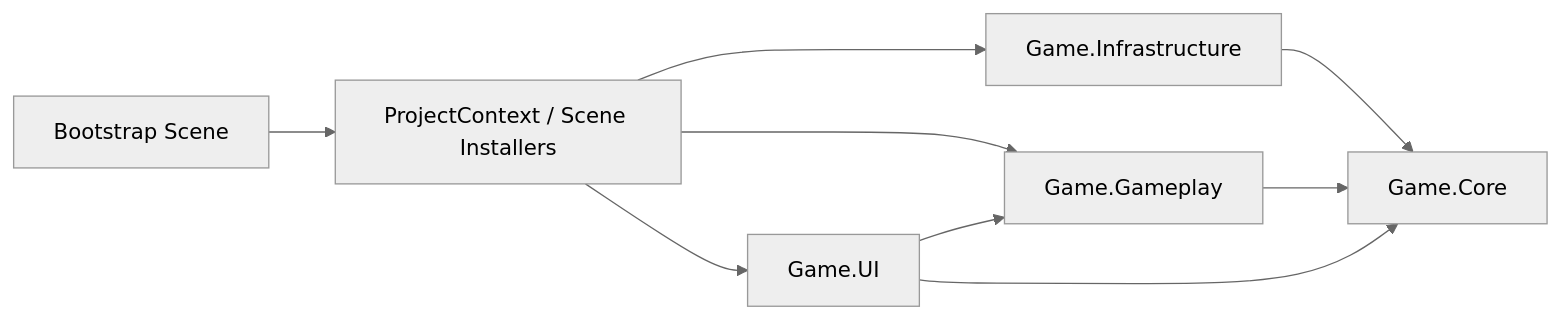
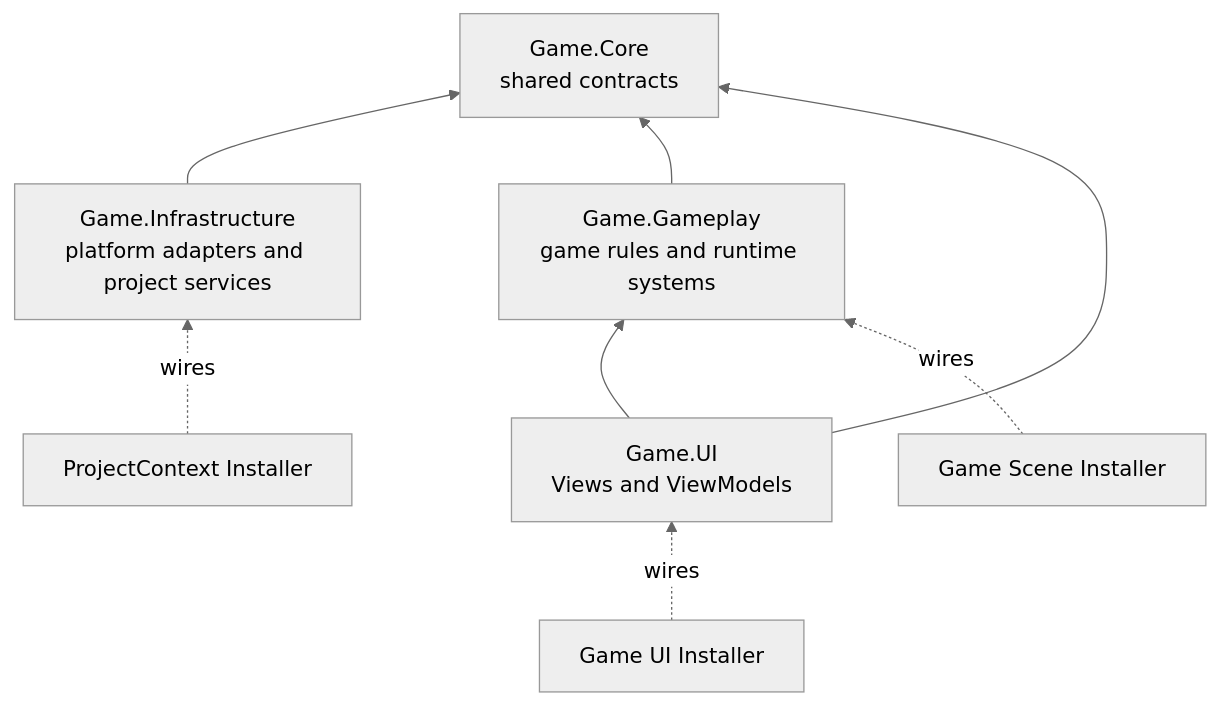
The first of 4 diagrams in README.md (TokarevDev/2D_Asteroids_Survival), drawn with Mermaid (neutral theme) before and after one commit. The commit also changed other lines of this file, not shown here.

Commit message:
docs: explain current project architecture

````diff
--- a/README.md
+++ b/README.md
@@ -33,11 +34,11 @@
 ```mermaid
-flowchart LR
-    Bootstrap["Bootstrap Scene"] --> CompositionRoot["ProjectContext / Scene Installers"]
-    CompositionRoot --> Infrastructure["Game.Infrastructure"]
-    CompositionRoot --> Gameplay["Game.Gameplay"]
-    CompositionRoot --> UI["Game.UI"]
-    Infrastructure --> Core["Game.Core"]
-    Gameplay --> Core
-    UI --> Core
+flowchart BT
+    Infrastructure["Game.Infrastructure<br/>platform adapters and project services"] --> Core["Game.Core<br/>shared contracts"]
+    Gameplay["Game.Gameplay<br/>game rules and runtime systems"] --> Core
+    UI["Game.UI<br/>Views and ViewModels"] --> Core
     UI --> Gameplay
+
+    ProjectInstaller["ProjectContext Installer"] -.wires.-> Infrastructure
+    GameInstaller["Game Scene Installer"] -.wires.-> Gameplay
+    UIInstaller["Game UI Installer"] -.wires.-> UI
 ```
````
